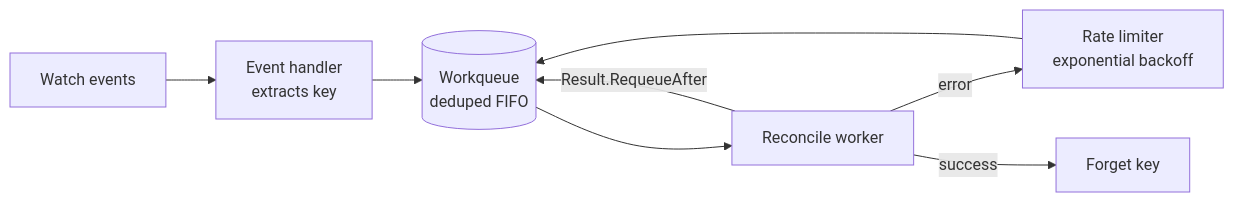
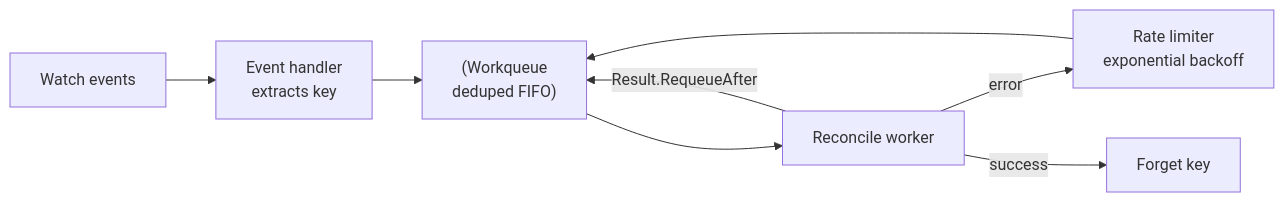
Before and after one commit to srinivaskona7/devops-learning: the second of 2 diagrams in 09-interview-prep/03-kubernetes-internals/control-loop-pattern.md, drawn with Mermaid. The commit also changed other lines of this file and 220 other files, not shown here.

````diff
--- a/09-interview-prep/03-kubernetes-internals/control-loop-pattern.md
+++ b/09-interview-prep/03-kubernetes-internals/control-loop-pattern.md
@@ -95,10 +95,10 @@
 ```mermaid
 flowchart LR
-    W[Watch events] --> H[Event handler<br/>extracts key]
-    H --> Q[(Workqueue<br/>deduped FIFO)]
+    W[Watch events] --> H["Event handler<br/>extracts key"]
+    H --> Q["(Workqueue<br/>deduped FIFO)"]
     Q --> R[Reconcile worker]
-    R -- error --> RL[Rate limiter<br/>exponential backoff]
+    R -- error --> RL["Rate limiter<br/>exponential backoff"]
     RL --> Q
     R -- Result.RequeueAfter --> Q
     R -- success --> DONE[Forget key]
 ```
````
